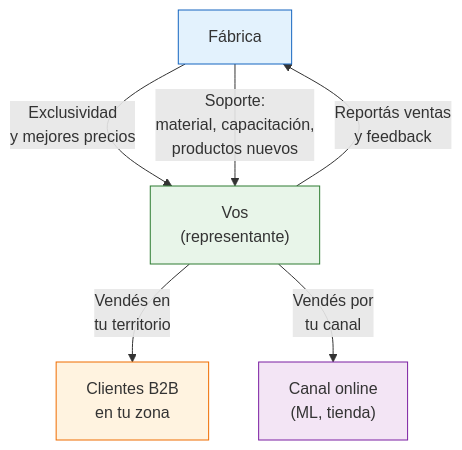
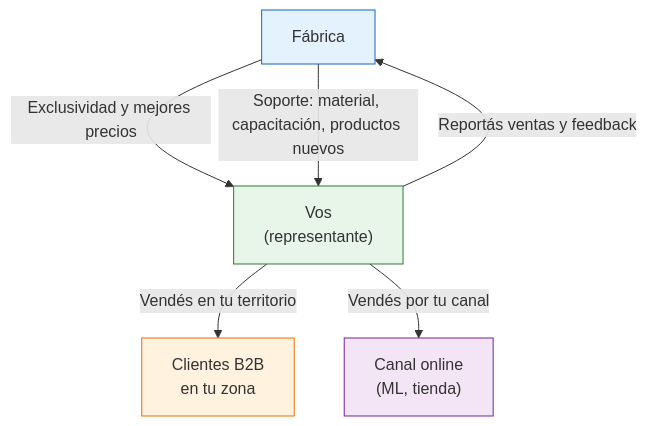
The diagram in app/paso1-argentina/empezar-de-cero/representacion-comercial.mdx (barrosignacioezequiel-coder/docs), drawn with Mermaid before and after one commit. The commit also changed 10 other files, not shown here.

First line of the commit message:
fix: remove <br/> from Mermaid edge labels causing list errors

````diff
--- a/app/paso1-argentina/empezar-de-cero/representacion-comercial.mdx
+++ b/app/paso1-argentina/empezar-de-cero/representacion-comercial.mdx
@@ -15,14 +15,14 @@
 ```mermaid
 graph TD
-    A["Fábrica"] -->|"Exclusividad<br/>y mejores precios"| B["Vos<br/>(representante)"]
-    B -->|"Vendés en<br/>tu territorio"| C["Clientes B2B<br/>en tu zona"]
-    B -->|"Vendés por<br/>tu canal"| D["Canal online<br/>(ML, tienda)"]
-    B -->|"Reportás ventas<br/>y feedback"| A
+    A["Fábrica"] -->|"Exclusividad y mejores precios"| B["Vos<br/>(representante)"]
+    B -->|"Vendés en tu territorio"| C["Clientes B2B<br/>en tu zona"]
+    B -->|"Vendés por tu canal"| D["Canal online<br/>(ML, tienda)"]
+    B -->|"Reportás ventas y feedback"| A
 
-    A -->|"Soporte:<br/>material, capacitación,<br/>productos nuevos"| B
+    A -->|"Soporte: material, capacitación, productos nuevos"| B
 
     style A fill:#e3f2fd,stroke:#1565c0
     style B fill:#e8f5e9,stroke:#2e7d32
     style C fill:#fff3e0,stroke:#ef6c00
     style D fill:#f3e5f5,stroke:#7b1fa2
 ```
````
